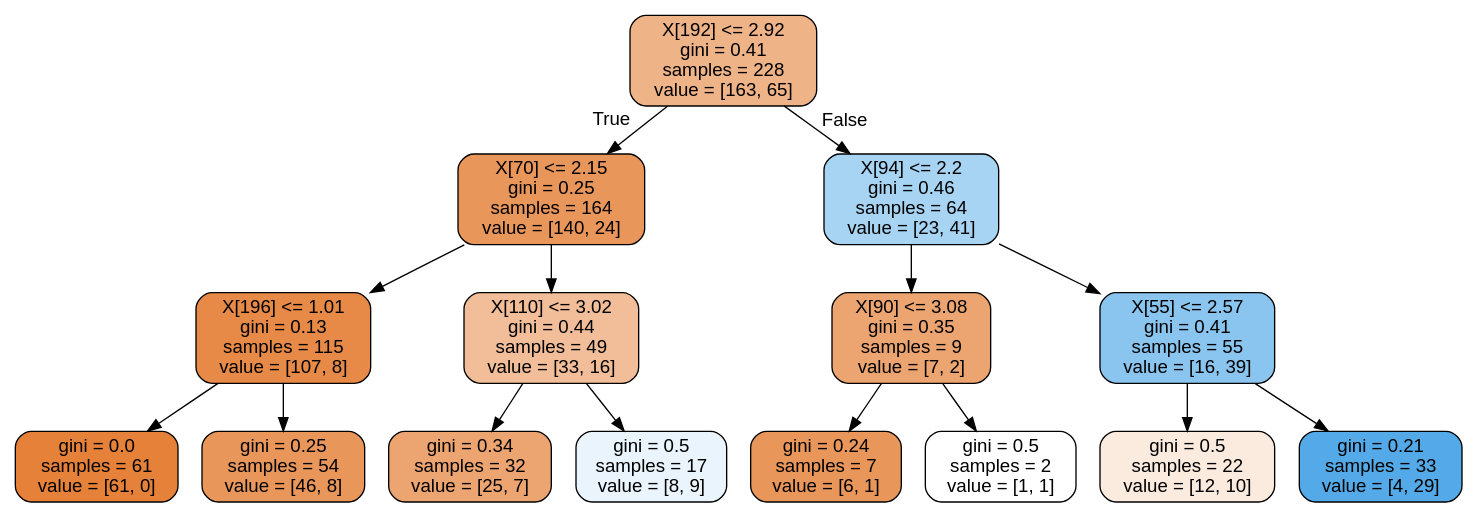
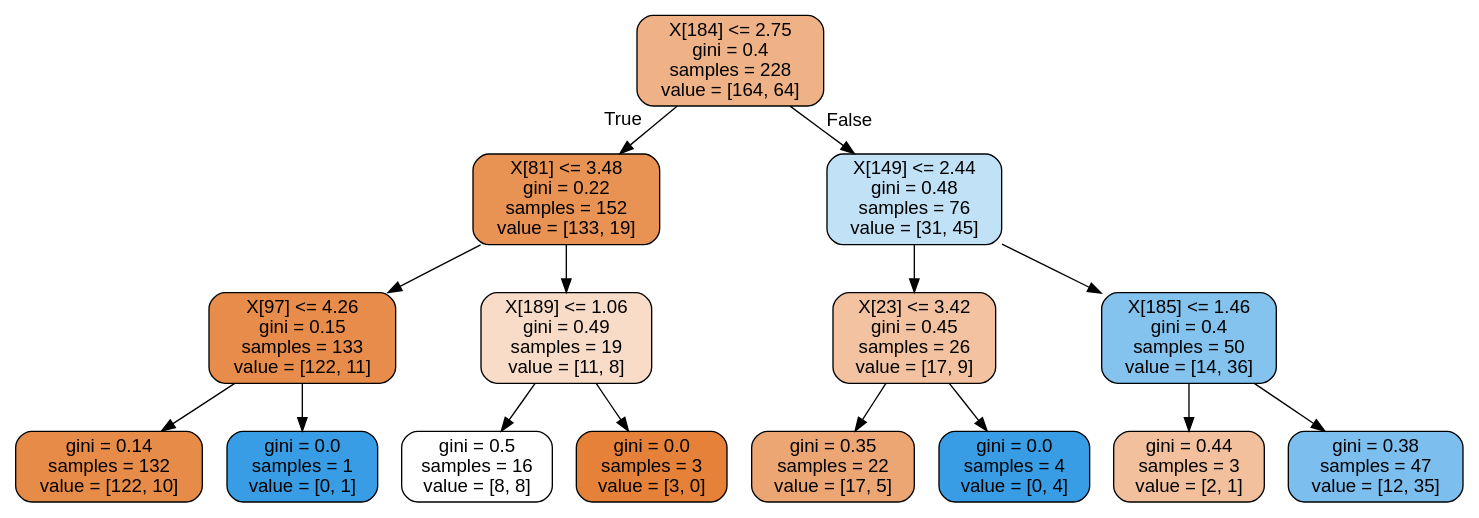
Before and after one commit to zeroknowledgediscovery/zcad: the diagram in model/thistree.dot, drawn with Graphviz. The commit also changed 482 other files, not shown here.

```diff
--- a/model/thistree.dot
+++ b/model/thistree.dot
@@ -1,33 +1,33 @@
 digraph Tree {
 node [shape=box, style="filled, rounded", color="black", fontname=helvetica] ;
 edge [fontname=helvetica] ;
-0 [label="X[192] <= 2.92\ngini = 0.41\nsamples = 228\nvalue = [163, 65]", fillcolor="#e5813999"] ;
-1 [label="X[70] <= 2.15\ngini = 0.25\nsamples = 164\nvalue = [140, 24]", fillcolor="#e58139d3"] ;
+0 [label="X[184] <= 2.75\ngini = 0.4\nsamples = 228\nvalue = [164, 64]", fillcolor="#e581399b"] ;
+1 [label="X[81] <= 3.48\ngini = 0.22\nsamples = 152\nvalue = [133, 19]", fillcolor="#e58139db"] ;
 0 -> 1 [labeldistance=2.5, labelangle=45, headlabel="True"] ;
-2 [label="X[196] <= 1.01\ngini = 0.13\nsamples = 115\nvalue = [107, 8]", fillcolor="#e58139ec"] ;
+2 [label="X[97] <= 4.26\ngini = 0.15\nsamples = 133\nvalue = [122, 11]", fillcolor="#e58139e8"] ;
 1 -> 2 ;
-3 [label="gini = 0.0\nsamples = 61\nvalue = [61, 0]", fillcolor="#e58139ff"] ;
+3 [label="gini = 0.14\nsamples = 132\nvalue = [122, 10]", fillcolor="#e58139ea"] ;
 2 -> 3 ;
-4 [label="gini = 0.25\nsamples = 54\nvalue = [46, 8]", fillcolor="#e58139d3"] ;
+4 [label="gini = 0.0\nsamples = 1\nvalue = [0, 1]", fillcolor="#399de5ff"] ;
 2 -> 4 ;
-5 [label="X[110] <= 3.02\ngini = 0.44\nsamples = 49\nvalue = [33, 16]", fillcolor="#e5813983"] ;
+5 [label="X[189] <= 1.06\ngini = 0.49\nsamples = 19\nvalue = [11, 8]", fillcolor="#e5813946"] ;
 1 -> 5 ;
-6 [label="gini = 0.34\nsamples = 32\nvalue = [25, 7]", fillcolor="#e58139b8"] ;
+6 [label="gini = 0.5\nsamples = 16\nvalue = [8, 8]", fillcolor="#e5813900"] ;
 5 -> 6 ;
-7 [label="gini = 0.5\nsamples = 17\nvalue = [8, 9]", fillcolor="#399de51c"] ;
+7 [label="gini = 0.0\nsamples = 3\nvalue = [3, 0]", fillcolor="#e58139ff"] ;
 5 -> 7 ;
-8 [label="X[94] <= 2.2\ngini = 0.46\nsamples = 64\nvalue = [23, 41]", fillcolor="#399de570"] ;
+8 [label="X[149] <= 2.44\ngini = 0.48\nsamples = 76\nvalue = [31, 45]", fillcolor="#399de54f"] ;
 0 -> 8 [labeldistance=2.5, labelangle=-45, headlabel="False"] ;
-9 [label="X[90] <= 3.08\ngini = 0.35\nsamples = 9\nvalue = [7, 2]", fillcolor="#e58139b6"] ;
+9 [label="X[23] <= 3.42\ngini = 0.45\nsamples = 26\nvalue = [17, 9]", fillcolor="#e5813978"] ;
 8 -> 9 ;
-10 [label="gini = 0.24\nsamples = 7\nvalue = [6, 1]", fillcolor="#e58139d4"] ;
+10 [label="gini = 0.35\nsamples = 22\nvalue = [17, 5]", fillcolor="#e58139b4"] ;
 9 -> 10 ;
-11 [label="gini = 0.5\nsamples = 2\nvalue = [1, 1]", fillcolor="#e5813900"] ;
+11 [label="gini = 0.0\nsamples = 4\nvalue = [0, 4]", fillcolor="#399de5ff"] ;
 9 -> 11 ;
-12 [label="X[55] <= 2.57\ngini = 0.41\nsamples = 55\nvalue = [16, 39]", fillcolor="#399de596"] ;
+12 [label="X[185] <= 1.46\ngini = 0.4\nsamples = 50\nvalue = [14, 36]", fillcolor="#399de59c"] ;
 8 -> 12 ;
-13 [label="gini = 0.5\nsamples = 22\nvalue = [12, 10]", fillcolor="#e581392a"] ;
+13 [label="gini = 0.44\nsamples = 3\nvalue = [2, 1]", fillcolor="#e581397f"] ;
 12 -> 13 ;
-14 [label="gini = 0.21\nsamples = 33\nvalue = [4, 29]", fillcolor="#399de5dc"] ;
+14 [label="gini = 0.38\nsamples = 47\nvalue = [12, 35]", fillcolor="#399de5a8"] ;
 12 -> 14 ;
 }
```
